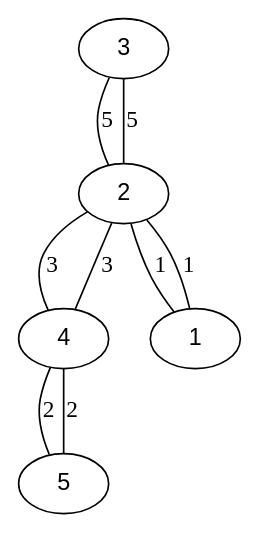
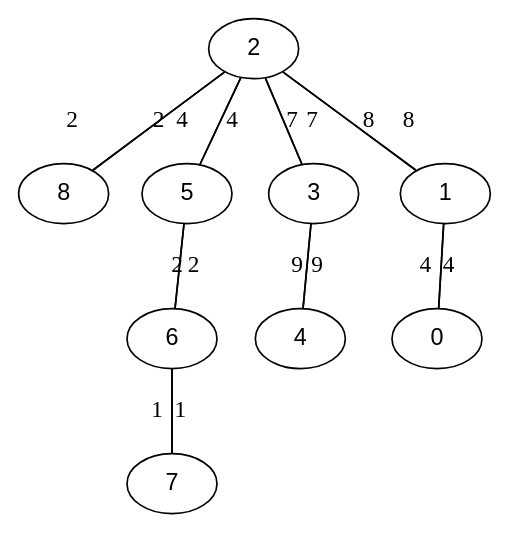
Before and after one commit to DanielVenturini/Grafos: the diagram in execute.dot, drawn with Graphviz. The commit also changed 7 other files, not shown here.

```diff
--- a/execute.dot
+++ b/execute.dot
@@ -1,10 +1,19 @@
 digraph BST {node [fontname="Arial"];
-    3 -> 2 [dir=none label="5"];
-    5 -> 4 [dir=none label="2"];
-    1 -> 2 [dir=none label="1"];
-    2 -> 1 [dir=none label="1"];
-    2 -> 4 [dir=none label="3"];
-    2 -> 3 [dir=none label="5"];
-    4 -> 5 [dir=none label="2"];
-    4 -> 2 [dir=none label="3"];
+splines=line
+splines=false    2 -> 8 [dir=none label="2"];
+    2 -> 5 [dir=none label="4"];
+    2 -> 3 [dir=none label="7"];
+    2 -> 1 [dir=none label="8"];
+    0 -> 1 [dir=none label="4"];
+    1 -> 0 [dir=none label="4"];
+    1 -> 2 [dir=none label="8"];
+    5 -> 6 [dir=none label="2"];
+    5 -> 2 [dir=none label="4"];
+    4 -> 3 [dir=none label="9"];
+    7 -> 6 [dir=none label="1"];
+    6 -> 7 [dir=none label="1"];
+    6 -> 5 [dir=none label="2"];
+    8 -> 2 [dir=none label="2"];
+    3 -> 2 [dir=none label="7"];
+    3 -> 4 [dir=none label="9"];
 }
```
